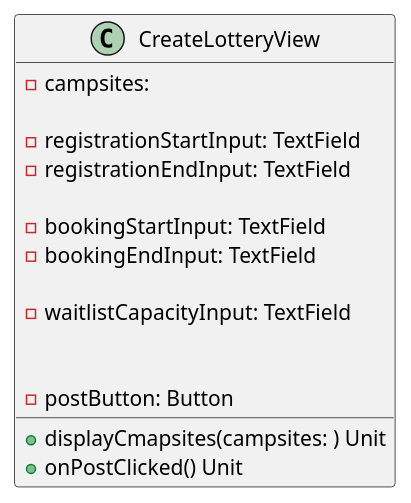
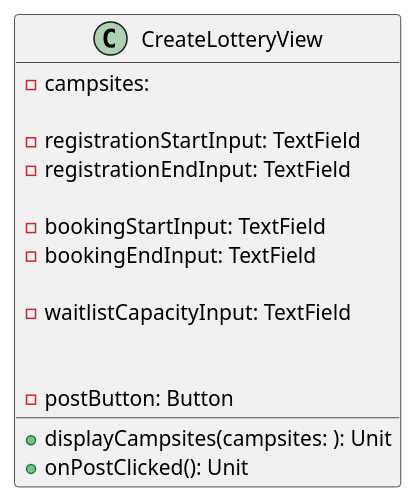
One commit to CMPUT301F26cipher/cipher-proj changed the diagram in doc/wiki-images/UML/lottery/CreateLotteryView.puml. Above: the diagram before and after it, drawn with PlantUML. The commit also changed 5 other files, not shown here.

```diff
--- a/doc/wiki-images/UML/lottery/CreateLotteryView.puml
+++ b/doc/wiki-images/UML/lottery/CreateLotteryView.puml
@@ -1,26 +1,26 @@
 
 class CreateLotteryView {
     ' list multiple campsites in a lottery for a certain period.
     -campsites: 
 
     ' textbox to set registration period
     -registrationStartInput: TextField
     -registrationEndInput: TextField
 
     ' textbox to set booking period
     -bookingStartInput: TextField
     -bookingEndInput: TextField
 
     ' textbox to set number of lottery winners
     -waitlistCapacityInput: TextField
 
     ' textbox to optionally set a capacity for my lottery waitlist.
 
     ' button to post lottery
     -postButton: Button
 
     ' --- methods ---
-    +displayCmapsites(campsites: ) Unit
-    +onPostClicked() Unit
+    +displayCampsites(campsites: ): Unit
+    +onPostClicked(): Unit
 
 }
```
